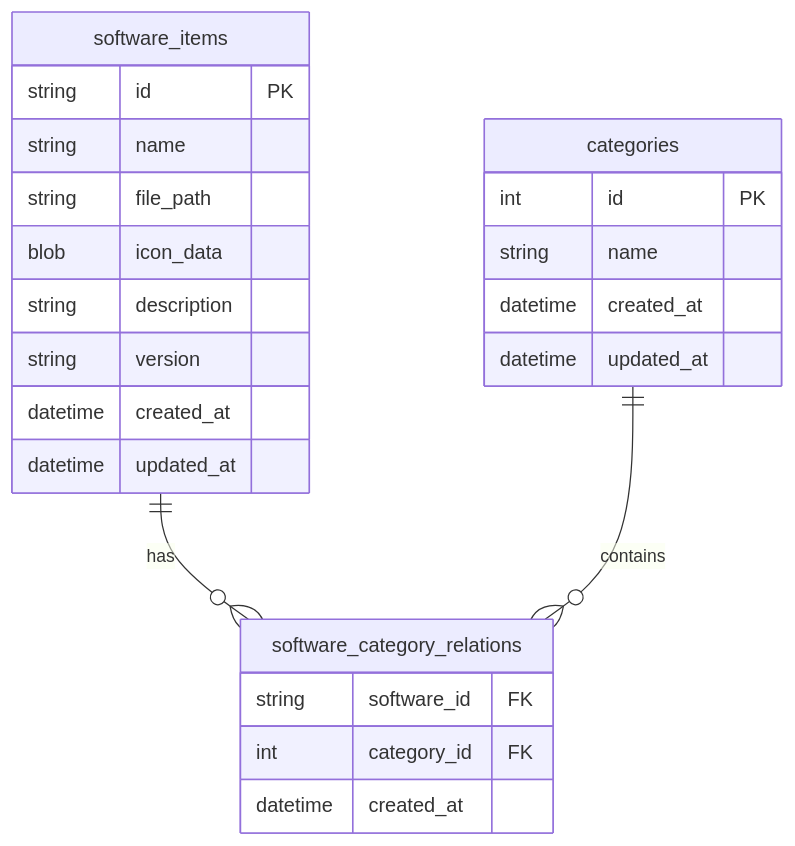
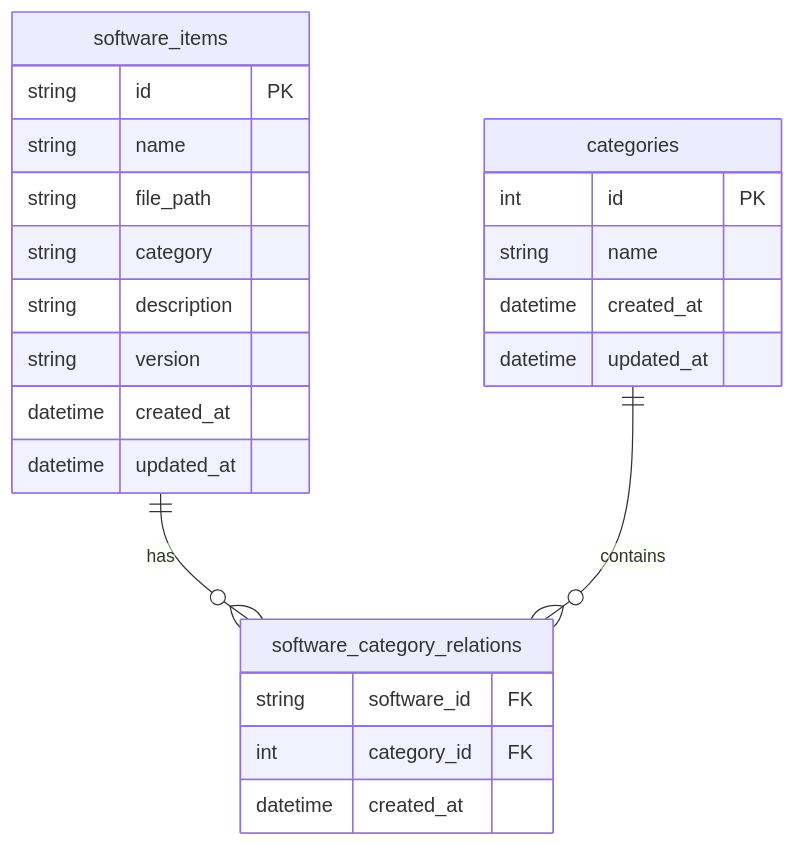
One commit to gediscover/software-manager changed diagram 11 of 18 in qt-software-manager-development.md. Above: the diagram before and after it, drawn with Mermaid. The commit also changed other lines of this file and 32 other files, not shown here.

````diff
--- a/qt-software-manager-development.md
+++ b/qt-software-manager-development.md
@@ -972,29 +1024,29 @@
 ```mermaid
 erDiagram
     software_items ||--o{ software_category_relations : "has"
     categories ||--o{ software_category_relations : "contains"
     
     software_items {
         string id PK
         string name
         string file_path
-        blob icon_data
+        string category
         string description
         string version
         datetime created_at
         datetime updated_at
     }
     
     categories {
         int id PK
         string name
         datetime created_at
         datetime updated_at
     }
     
     software_category_relations {
         string software_id FK
         int category_id FK
         datetime created_at
     }
 ```
````
